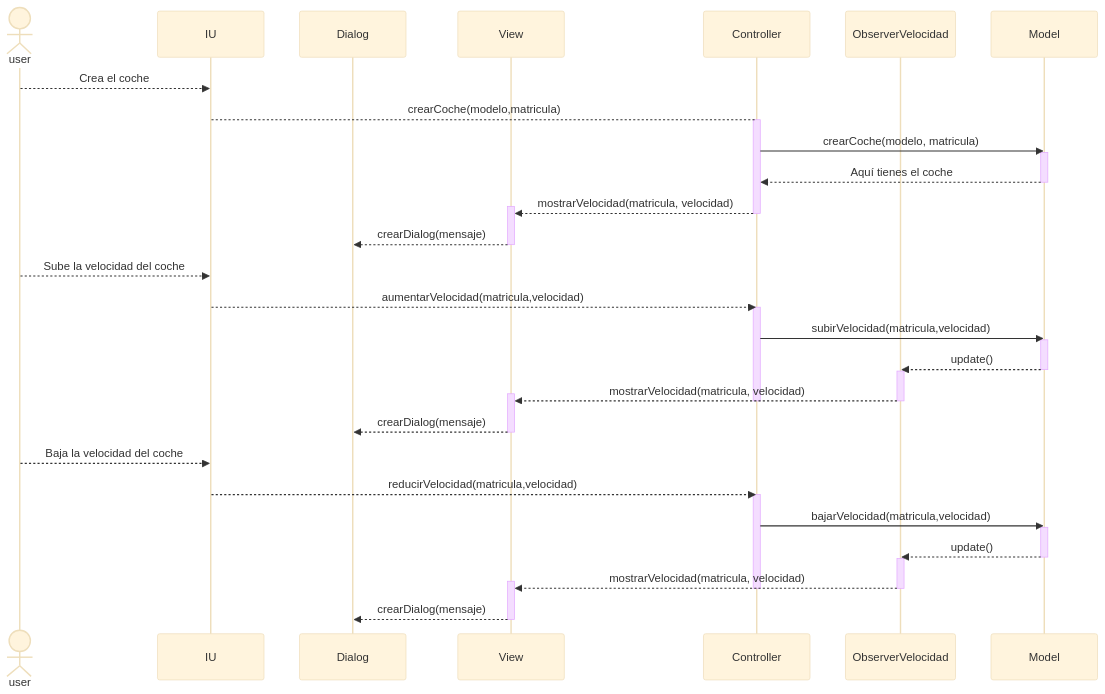
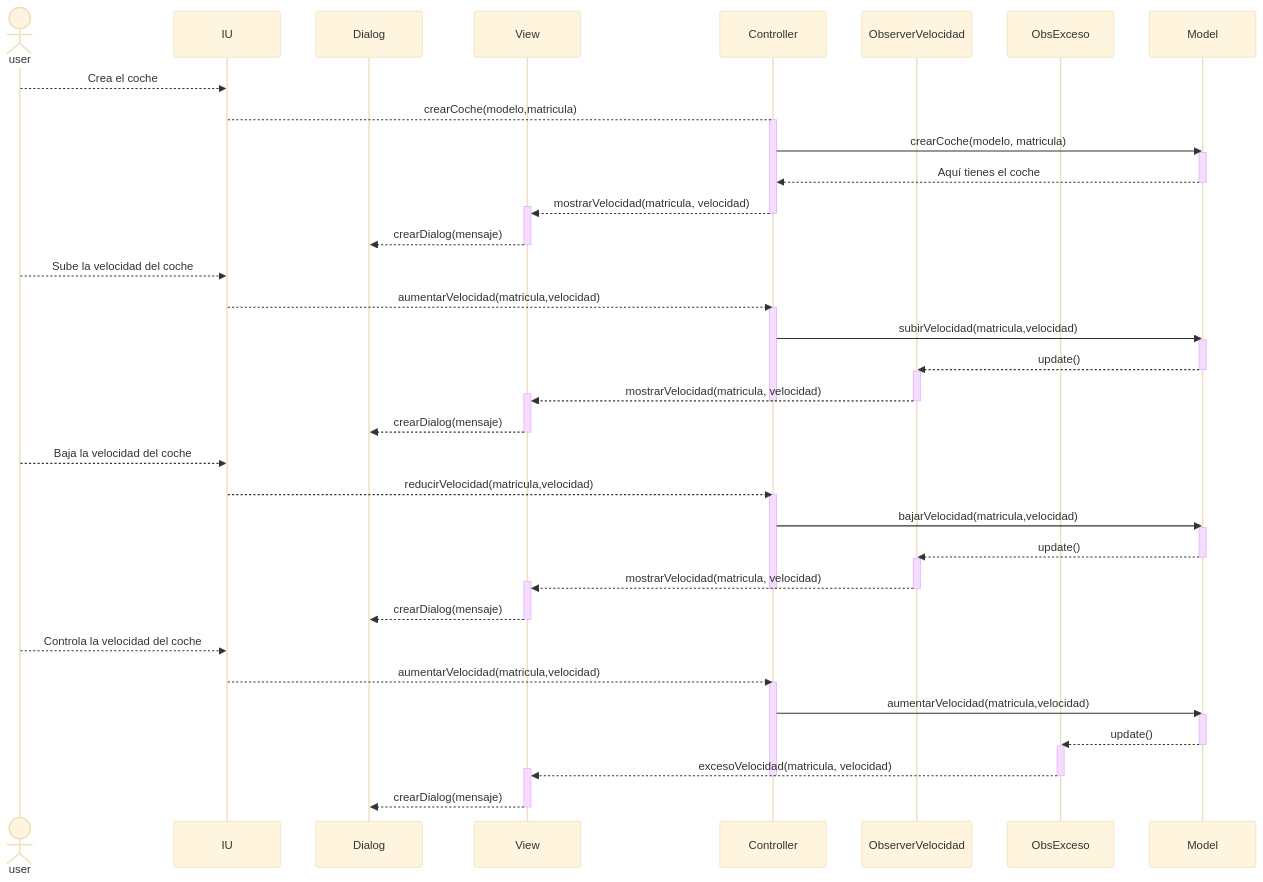
The third of 3 diagrams in Readme.md (LuciaB16/MVC_coches), drawn with Mermaid (base theme) before and after one commit. The commit also changed other lines of this file, not shown here.

````diff
--- a/Readme.md
+++ b/Readme.md
@@ -117,48 +138,62 @@
 ```mermaid
 sequenceDiagram
         actor user    
         participant IU
         participant Dialog
         participant View
         participant Controller
         participant ObserverVelocidad
+        participant ObsExceso
         participant Model
     
     user-->>IU: Crea el coche
     IU-->Controller: crearCoche(modelo,matricula)
     activate Controller
     Controller->>Model: crearCoche(modelo, matricula)
     activate Model
     Model-->>Controller: Aquí tienes el coche
     deactivate Model
     Controller-->>+View: mostrarVelocidad(matricula, velocidad)
     deactivate Controller
     View-->>-Dialog: crearDialog(mensaje)
     
     user-->>IU: Sube la velocidad del coche
     IU-->>Controller: aumentarVelocidad(matricula,velocidad)
     activate Controller
     Controller->>Model: subirVelocidad(matricula,velocidad)
     activate Model
     Model-->>ObserverVelocidad: update()
     deactivate Model
     activate ObserverVelocidad
     ObserverVelocidad-->>+View: mostrarVelocidad(matricula, velocidad)
     deactivate ObserverVelocidad
     deactivate Controller
     View-->>-Dialog: crearDialog(mensaje)
     
     user-->>IU: Baja la velocidad del coche
     IU-->>Controller: reducirVelocidad(matricula,velocidad)
     activate Controller
     Controller->>Model: bajarVelocidad(matricula,velocidad)
     activate Model
     Model-->>ObserverVelocidad: update()
     deactivate Model
     activate ObserverVelocidad
     ObserverVelocidad-->>+View: mostrarVelocidad(matricula, velocidad)
     deactivate ObserverVelocidad
     deactivate Controller
     View-->>-Dialog: crearDialog(mensaje)
     
+    user-->>IU: Controla la velocidad del coche
+    IU-->>Controller: aumentarVelocidad(matricula,velocidad)
+    activate Controller
+    Controller->>Model: aumentarVelocidad(matricula,velocidad)
+    activate Model
+    Model-->>ObsExceso: update()
+    deactivate Model
+    activate ObsExceso
+    ObsExceso-->>+View: excesoVelocidad(matricula, velocidad)
+    deactivate ObsExceso
+    deactivate Controller
+    View-->>-Dialog: crearDialog(mensaje)
+    
    ```
````
